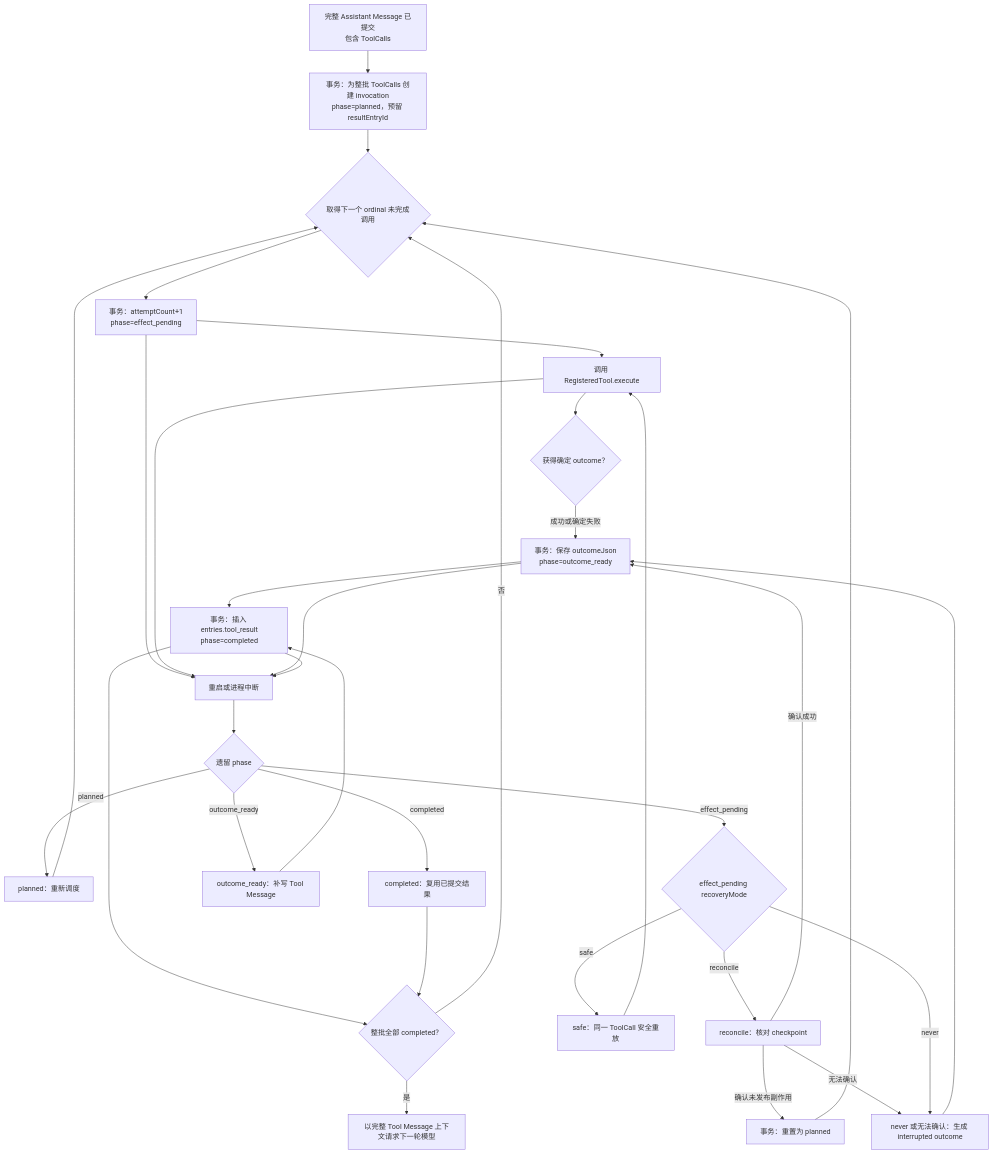
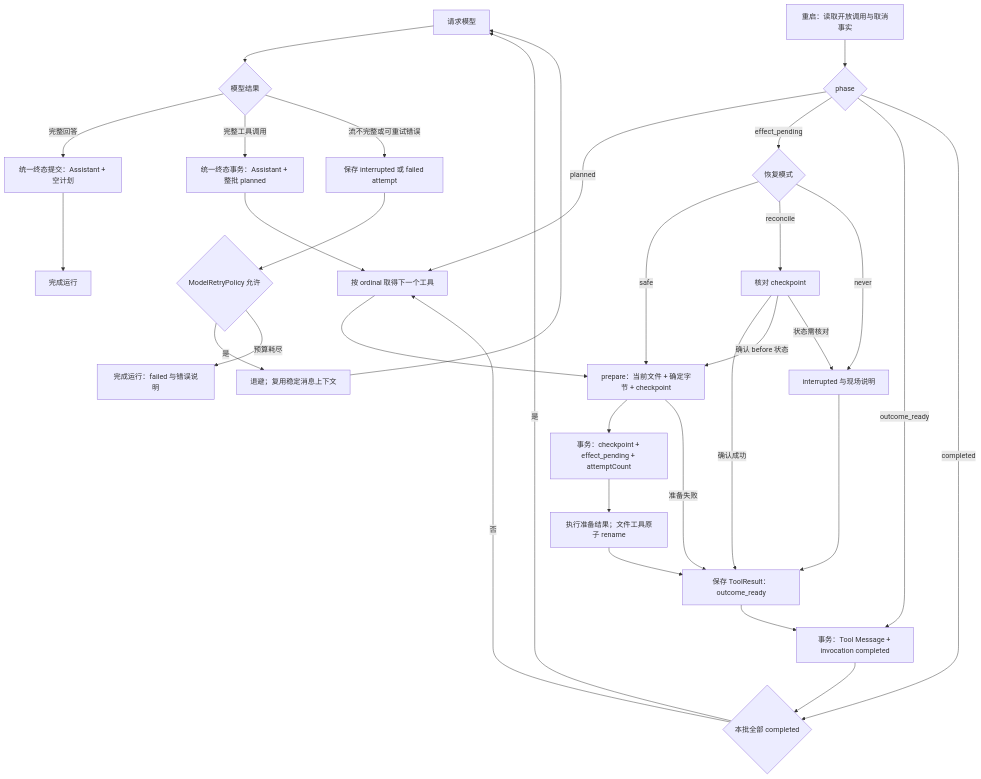
One commit to zephyrwing-ai/I changed the diagram in docs/agent/tools/recovery.mdx. Above: the diagram before and after it, drawn with Mermaid. The commit also changed other lines of this file and 480 other files, not shown here.

````diff
--- a/docs/agent/tools/recovery.mdx
+++ b/docs/agent/tools/recovery.mdx
@@ -75,44 +97,34 @@
 ```mermaid
 flowchart TD
-    A["完整 Assistant Message 已提交<br/>包含 ToolCalls"]
-    B["事务：为整批 ToolCalls 创建 invocation<br/>phase=planned，预留 resultEntryId"]
-    C{"取得下一个 ordinal 未完成调用"}
-    D["事务：attemptCount+1<br/>phase=effect_pending"]
-    E["调用 RegisteredTool.execute"]
-    F{"获得确定 outcome？"}
-    G["事务：保存 outcomeJson<br/>phase=outcome_ready"]
-    H["事务：插入 entries.tool_result<br/>phase=completed"]
-    I{"整批全部 completed？"}
-    J["以完整 Tool Message 上下文请求下一轮模型"]
-    K["重启或进程中断"]
-    L{"遗留 phase"}
-    M["planned：重新调度"]
-    N{"effect_pending recoveryMode"}
-    O["safe：同一 ToolCall 安全重放"]
-    P["reconcile：核对 checkpoint"]
-    T["事务：重置为 planned"]
-    Q["never 或无法确认：生成 interrupted outcome"]
-    R["outcome_ready：补写 Tool Message"]
-    S["completed：复用已提交结果"]
-
-    A --> B --> C
-    C --> D --> E --> F
-    F -->|成功或确定失败| G --> H --> I
-    I -->|是| J
-    I -->|否| C
-    D --> K
-    E --> K
-    G --> K
-    H --> K
-    K --> L
-    L -->|planned| M --> C
-    L -->|effect_pending| N
-    N -->|safe| O --> E
-    N -->|reconcile| P
-    P -->|确认成功| G
-    P -->|确认未发布副作用| T --> C
-    P -->|无法确认| Q --> G
-    N -->|never| Q
-    L -->|outcome_ready| R --> H
-    L -->|completed| S --> I
+    A["请求模型"] --> B{"模型结果"}
+    B -->|完整回答| C["统一终态提交：Assistant + 空计划"]
+    C --> Z["完成运行"]
+    B -->|完整工具调用| D["统一终态事务：Assistant + 整批 planned"]
+    D --> E["按 ordinal 取得下一个工具"]
+    E --> F["prepare：当前文件 + 确定字节 + checkpoint"]
+    F --> G["事务：checkpoint + effect_pending + attemptCount"]
+    G --> H["执行准备结果；文件工具原子 rename"]
+    H --> I["保存 ToolResult：outcome_ready"]
+    F -->|准备失败| I
+    I --> J["事务：Tool Message + invocation completed"]
+    J --> K{"本批全部 completed"}
+    K -->|否| E
+    K -->|是| A
+    B -->|流不完整或可重试错误| L["保存 interrupted 或 failed attempt"]
+    L --> M{"ModelRetryPolicy 允许"}
+    M -->|是| N["退避；复用稳定消息上下文"]
+    N --> A
+    M -->|预算耗尽| O["完成运行：failed 与错误说明"]
+    R["重启：读取开放调用与取消事实"] --> S{"phase"}
+    S -->|planned| E
+    S -->|effect_pending| T{"恢复模式"}
+    T -->|safe| F
+    T -->|reconcile| U["核对 checkpoint"]
+    U -->|确认成功| I
+    U -->|确认 before 状态| F
+    U -->|状态需核对| V["interrupted 与现场说明"]
+    T -->|never| V
+    V --> I
+    S -->|outcome_ready| J
+    S -->|completed| K
 ```
````
